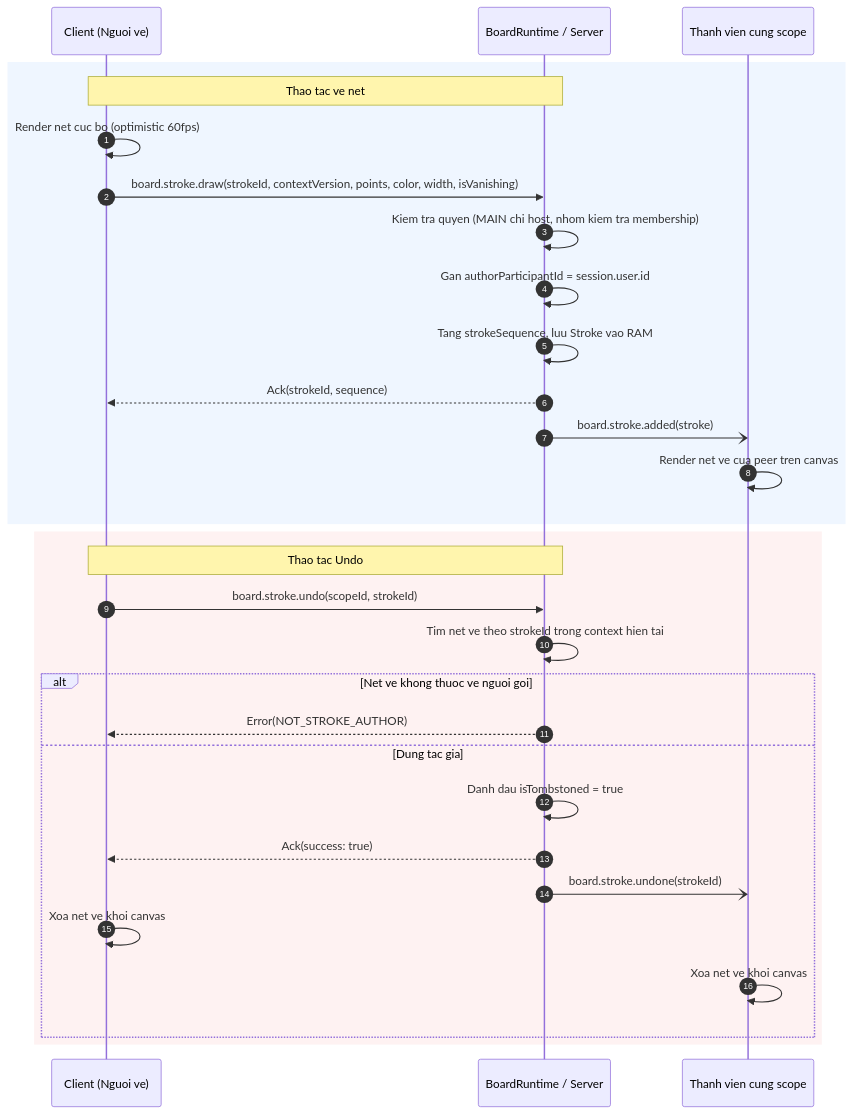
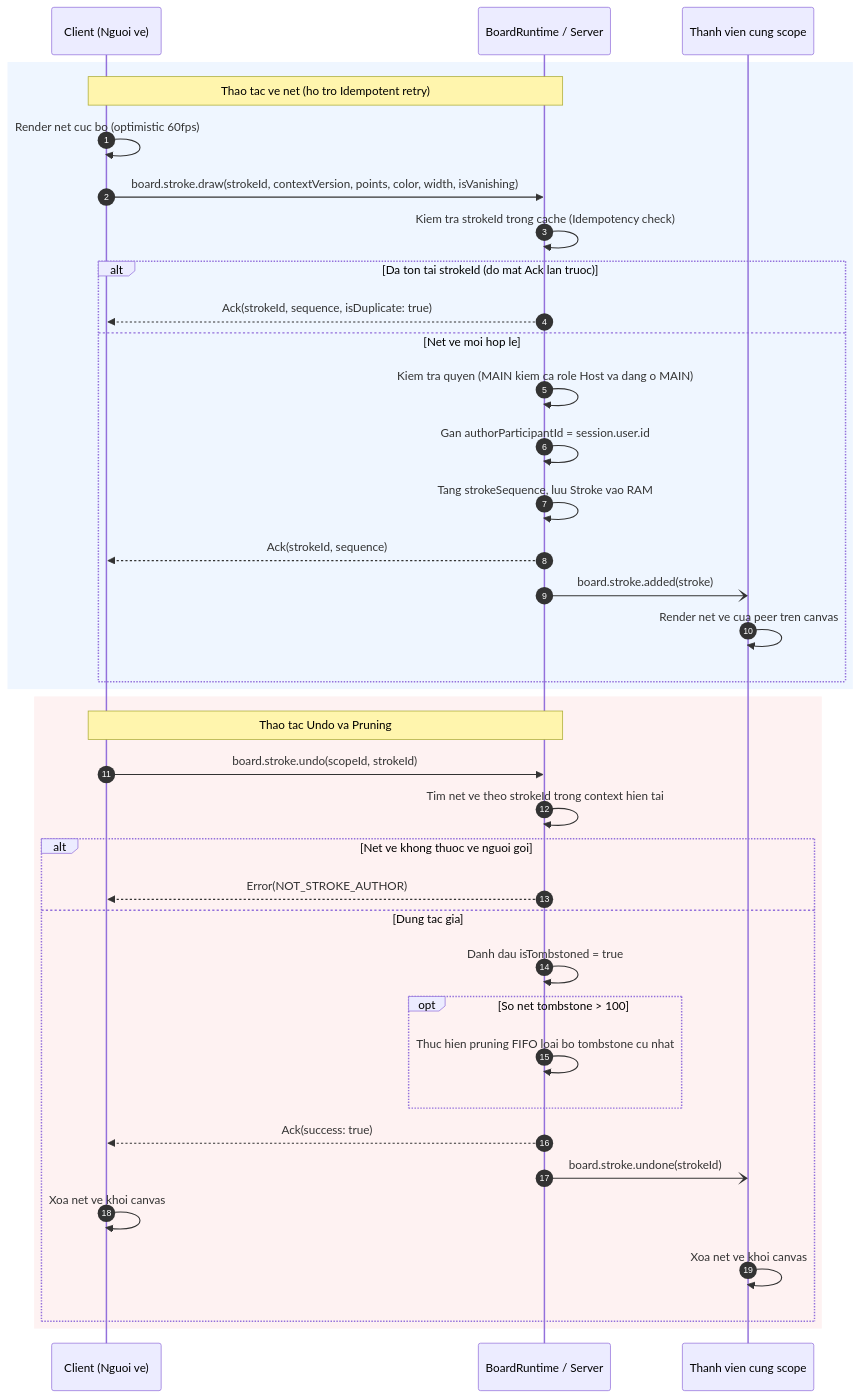
Before and after one commit to Lightning1507/CoLearnia: the seventh of 13 diagrams in docs/proposals/m5-board.md, drawn with Mermaid. The commit also changed other lines of this file, not shown here.

Commit message:
docs(board): address PR review comments on data limits, permissions, and lifecycle

````diff
--- a/docs/proposals/m5-board.md
+++ b/docs/proposals/m5-board.md
@@ -643,34 +648,42 @@
 ```mermaid
 sequenceDiagram
-  autonumber
-  participant C as Client (Nguoi ve)
-  participant S as BoardRuntime / Server
-  participant P as Thanh vien cung scope
+autonumber
+participant C as Client (Nguoi ve)
+participant S as BoardRuntime / Server
+participant P as Thanh vien cung scope
 
-  rect rgb(239, 246, 255)
-    Note over C,S: Thao tac ve net
-    C->>C: Render net cuc bo (optimistic 60fps)
-    C->>S: board.stroke.draw(strokeId, contextVersion, points, color, width, isVanishing)
-    S->>S: Kiem tra quyen (MAIN chi host, nhom kiem tra membership)
-    S->>S: Gan authorParticipantId = session.user.id
-    S->>S: Tang strokeSequence, luu Stroke vao RAM
-    S-->>C: Ack(strokeId, sequence)
-    S-)P: board.stroke.added(stroke)
-    P->>P: Render net ve cua peer tren canvas
-  end
+rect rgb(239, 246, 255)
+Note over C,S: Thao tac ve net (ho tro Idempotent retry)
+C->>C: Render net cuc bo (optimistic 60fps)
+C->>S: board.stroke.draw(strokeId, contextVersion, points, color, width, isVanishing)
+S->>S: Kiem tra strokeId trong cache (Idempotency check)
+alt Da ton tai strokeId (do mat Ack lan truoc)
+S-->>C: Ack(strokeId, sequence, isDuplicate: true)
+else Net ve moi hop le
+S->>S: Kiem tra quyen (MAIN kiem ca role Host va dang o MAIN)
+S->>S: Gan authorParticipantId = session.user.id
+S->>S: Tang strokeSequence, luu Stroke vao RAM
+S-->>C: Ack(strokeId, sequence)
+S-)P: board.stroke.added(stroke)
+P->>P: Render net ve cua peer tren canvas
+end
+end
 
-  rect rgb(254, 242, 242)
-    Note over C,S: Thao tac Undo
-    C->>S: board.stroke.undo(scopeId, strokeId)
-    S->>S: Tim net ve theo strokeId trong context hien tai
-    alt Net ve khong thuoc ve nguoi goi
-      S-->>C: Error(NOT_STROKE_AUTHOR)
-    else Dung tac gia
-      S->>S: Danh dau isTombstoned = true
-      S-->>C: Ack(success: true)
-      S-)P: board.stroke.undone(strokeId)
-      C->>C: Xoa net ve khoi canvas
-      P->>P: Xoa net ve khoi canvas
-    end
-  end
+rect rgb(254, 242, 242)
+Note over C,S: Thao tac Undo va Pruning
+C->>S: board.stroke.undo(scopeId, strokeId)
+S->>S: Tim net ve theo strokeId trong context hien tai
+alt Net ve khong thuoc ve nguoi goi
+S-->>C: Error(NOT_STROKE_AUTHOR)
+else Dung tac gia
+S->>S: Danh dau isTombstoned = true
+opt So net tombstone > 100
+S->>S: Thuc hien pruning FIFO loai bo tombstone cu nhat
+end
+S-->>C: Ack(success: true)
+S-)P: board.stroke.undone(strokeId)
+C->>C: Xoa net ve khoi canvas
+P->>P: Xoa net ve khoi canvas
+end
+end
 ```
````
